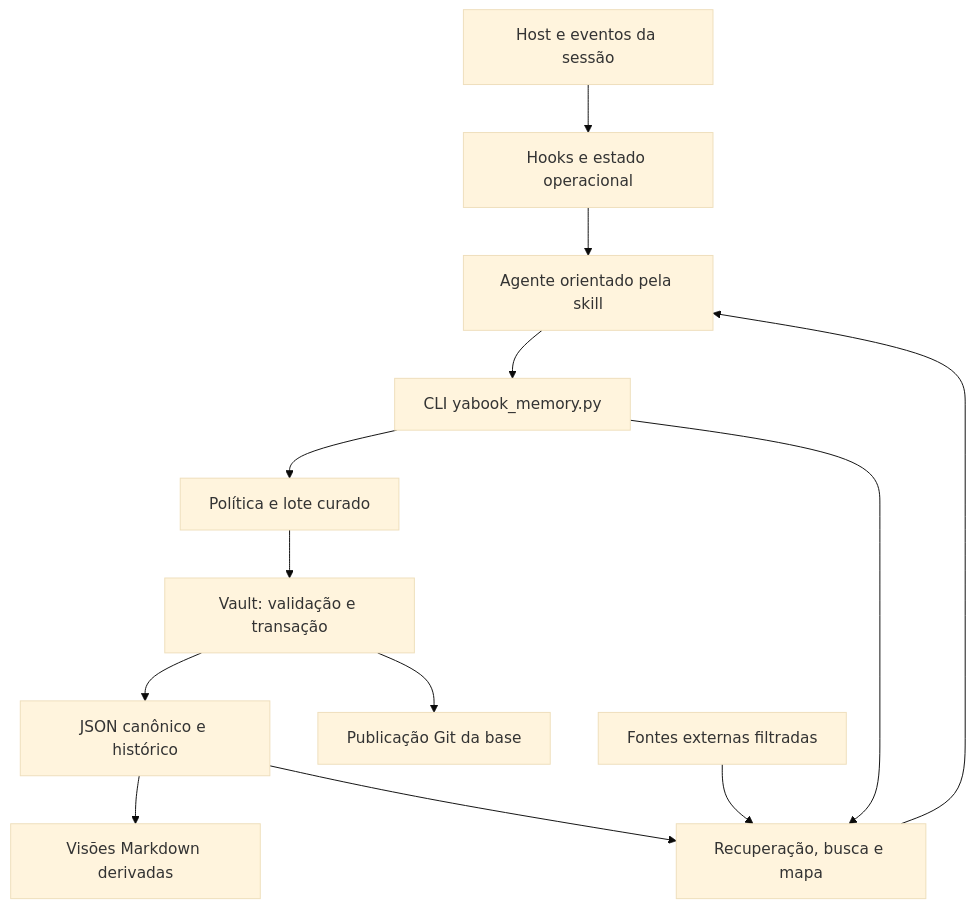
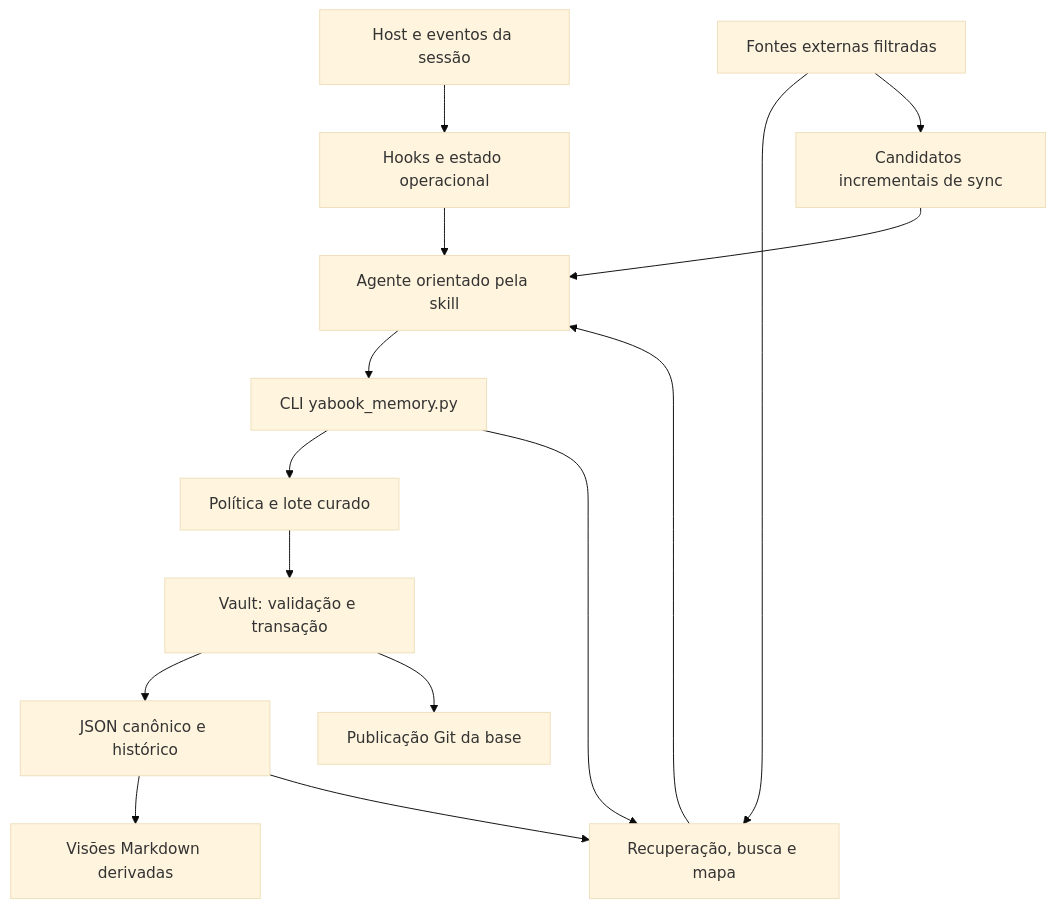
One commit to ya-labs/YABook changed the diagram in manual/guias/memoria-yabook.md. Above: the diagram before and after it, drawn with Mermaid (base theme). The commit also changed other lines of this file and 13 other files, not shown here.

````diff
--- a/manual/guias/memoria-yabook.md
+++ b/manual/guias/memoria-yabook.md
@@ -776,15 +868,17 @@
 ```mermaid
 flowchart TD
     H[Host e eventos da sessão] --> K[Hooks e estado operacional]
     K --> A[Agente orientado pela skill]
     A --> C[CLI yabook_memory.py]
     C --> L[Política e lote curado]
     L --> V[Vault: validação e transação]
     V --> J[JSON canônico e histórico]
     J --> D[Visões Markdown derivadas]
     V --> G[Publicação Git da base]
     C --> R[Recuperação, busca e mapa]
     J --> R
     F[Fontes externas filtradas] --> R
+    F --> S[Candidatos incrementais de sync]
+    S --> A
     R --> A
 ```
````
